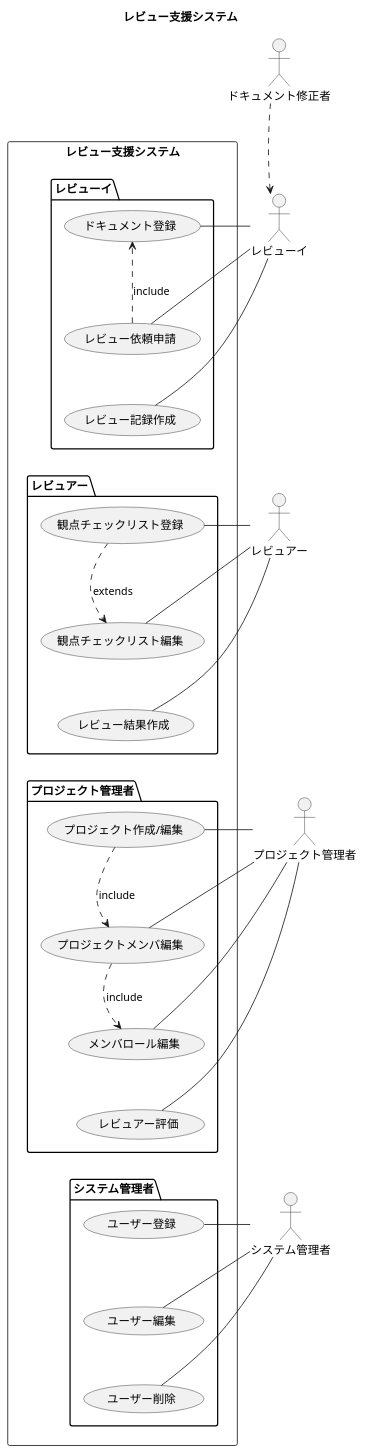
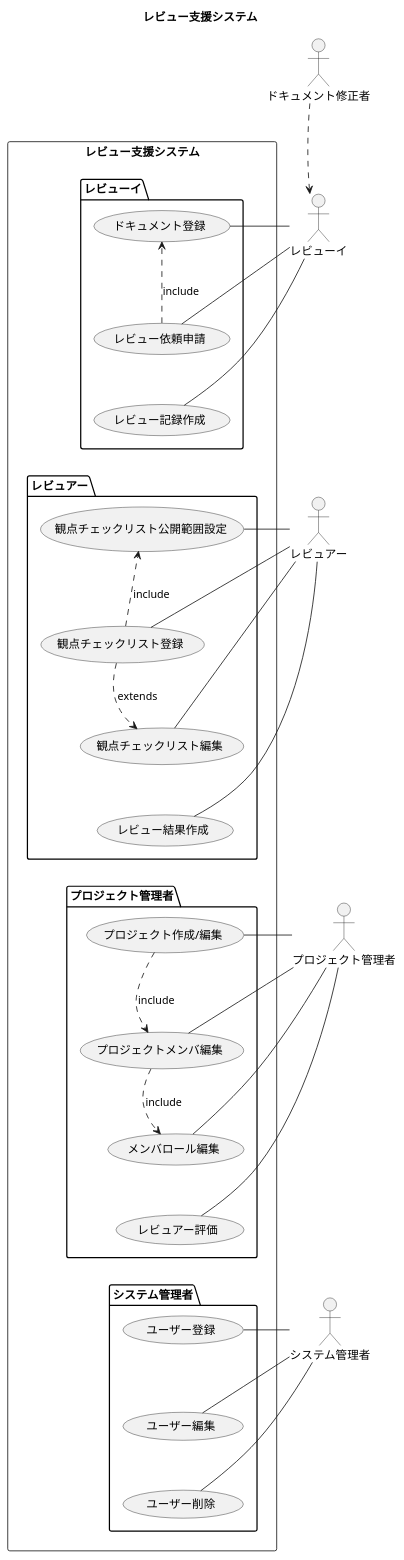
One commit to pororein/react_graphql_sample changed the diagram in uml/usecase/要件整理.pu. Above: the diagram before and after it, drawn with PlantUML.

Commit message:
レビュアー用のユースケースを追加

```diff
--- a/uml/usecase/要件整理.pu
+++ b/uml/usecase/要件整理.pu
@@ -1,90 +1,94 @@
 @startuml
 
 'left to right direction
 
 title レビュー支援システム
 
 'アクター
 :レビュアー: as reviewer
 :レビューイ: as reviewee
 :ドキュメント修正者: as maintainer
 :プロジェクト管理者: as projectManager
 :システム管理者: as systemAdmin
 
 maintainer .> reviewee
 
 ' システムユースケース
 rectangle "レビュー支援システム" as smartReviewApp {
     package "レビューイ" as revieweePackage {
         (ドキュメント登録) as uploadDocuments
         (レビュー依頼申請) as reviewRequest
         (レビュー記録作成) as createReviewResultReviewee
     }
 
     package "レビュアー" as reviewerPackage{ 
+        (観点チェックリスト公開範囲設定) as settingCheckListScope
         (観点チェックリスト登録) as registrationChecklist
         (観点チェックリスト編集) as updateChecklist
         (レビュー結果作成) as createReviewResult
     }
 
     package "プロジェクト管理者" as projectManagerPackage {
         (プロジェクト作成/編集) as editProject
         (プロジェクトメンバ編集) as editProjectMember
         (メンバロール編集) as editMemberRole
         (レビュアー評価) as reviewerAssessment
     }
 
     package "システム管理者" as systemAdminPackage {
         (ユーザー登録) as registrationUser
         (ユーザー編集) as editUser
         (ユーザー削除) as deleteUser
     }
 }
 
 ' レビューイパッケージ相関関係
 reviewee - uploadDocuments
 reviewee - reviewRequest
 reviewee - createReviewResultReviewee
 reviewRequest .> uploadDocuments: include
 
 ' レビュアーパッケージ相関関係
+reviewer - settingCheckListScope
 reviewer - registrationChecklist
 reviewer - updateChecklist
 reviewer - createReviewResult
+registrationChecklist .> settingCheckListScope: include
 registrationChecklist .> updateChecklist: extends
 
 ' プロジェクト管理者パッケージ相関関係
 projectManager - editProject
 projectManager - editProjectMember
 projectManager - editMemberRole
 projectManager - reviewerAssessment
 editProject .> editProjectMember: include
 editProjectMember .> editMemberRole: include
 
 ' システム管理者パッケージ相関関係
 systemAdmin - registrationUser
 systemAdmin - editUser
 systemAdmin - deleteUser
 
 ' ##レイアウト##
 ' アクターどうしの位置関係
 maintainer -[hidden]down- reviewee
 reviewee -[hidden]down- reviewer
 reviewer -[hidden]down- projectManager
 projectManager -[hidden]down- systemAdmin
 
 ' ユースケースの位置関係
 uploadDocuments -[hidden]down- reviewRequest
 reviewRequest -[hidden]down- createReviewResultReviewee
-createReviewResultReviewee -[hidden]down- registrationChecklist
+createReviewResultReviewee -[hidden]down- settingCheckListScope
+settingCheckListScope -[hidden]down- registrationChecklist
 registrationChecklist -[hidden]down- updateChecklist
 updateChecklist -[hidden]down- createReviewResult
 createReviewResult -[hidden]down- editProject
 editProject -[hidden]down- editProjectMember
 editProjectMember -[hidden]down- editMemberRole
 editMemberRole -[hidden]down- reviewerAssessment
 reviewerAssessment -[hidden]down- registrationUser
 registrationUser -[hidden]down- editUser
 editUser -[hidden]down- deleteUser
 
 @enduml
```
